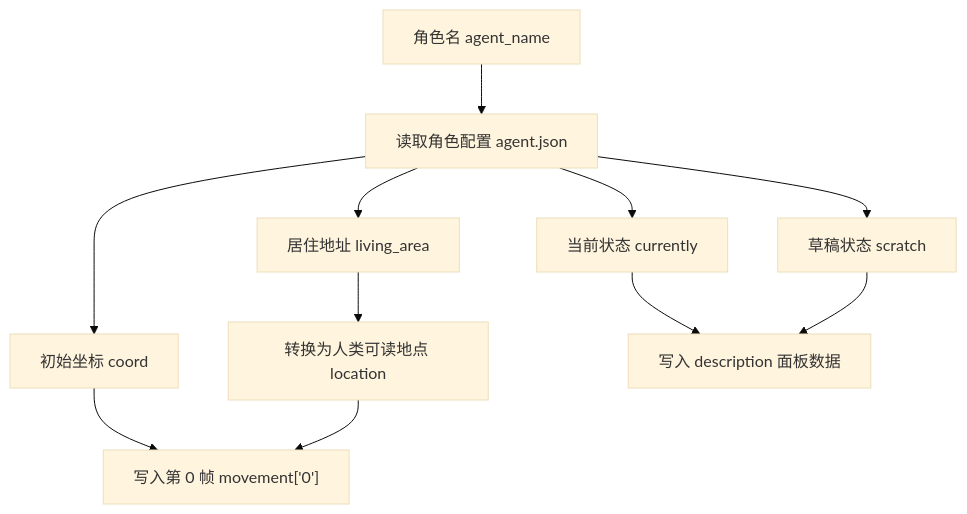
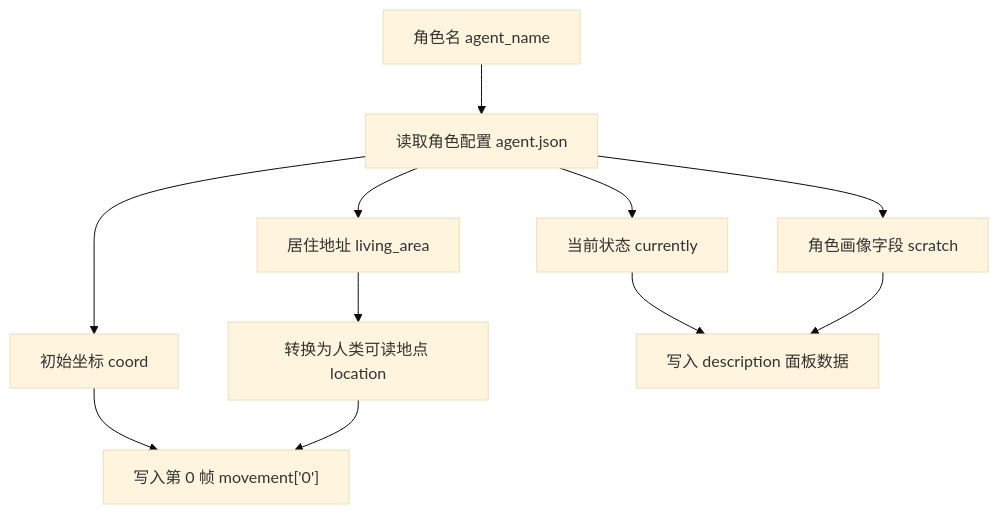
Before and after one commit to tbkken/GenerativeAgentsCN: the sixth of 11 diagrams in docs/book/manuscript/part_03/chapter_23.md, drawn with Mermaid (base theme). The commit also changed other lines of this file and 51 other files, not shown here.

````diff
--- a/docs/book/manuscript/part_03/chapter_23.md
+++ b/docs/book/manuscript/part_03/chapter_23.md
@@ -539,13 +539,13 @@
 ```mermaid
 flowchart TD
     Agent["角色名 agent_name"] --> Json["读取角色配置 agent.json"]
     Json --> Living["居住地址 living_area"]
     Json --> Coord["初始坐标 coord"]
     Json --> Current["当前状态 currently"]
-    Json --> Scratch["草稿状态 scratch"]
+    Json --> Scratch["角色画像字段 scratch"]
     Living --> Location["转换为人类可读地点 location"]
     Coord --> Frame0["写入第 0 帧 movement['0']"]
     Location --> Frame0
     Current --> Desc["写入 description 面板数据"]
     Scratch --> Desc
 ```
````
